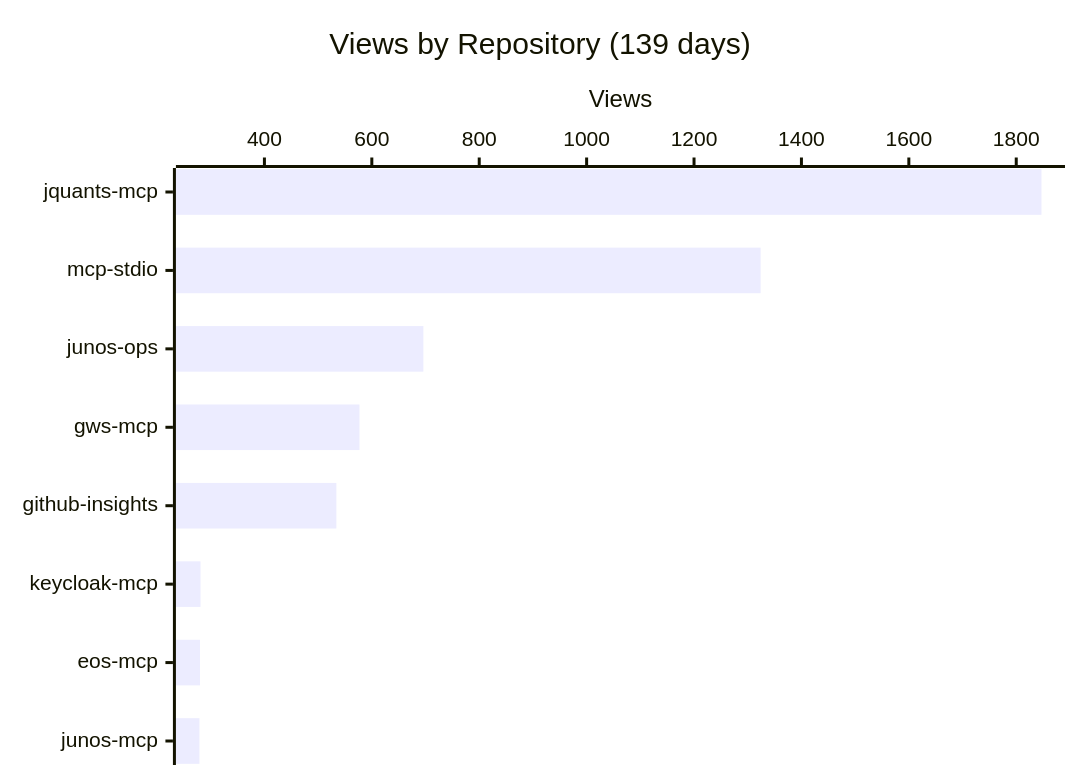
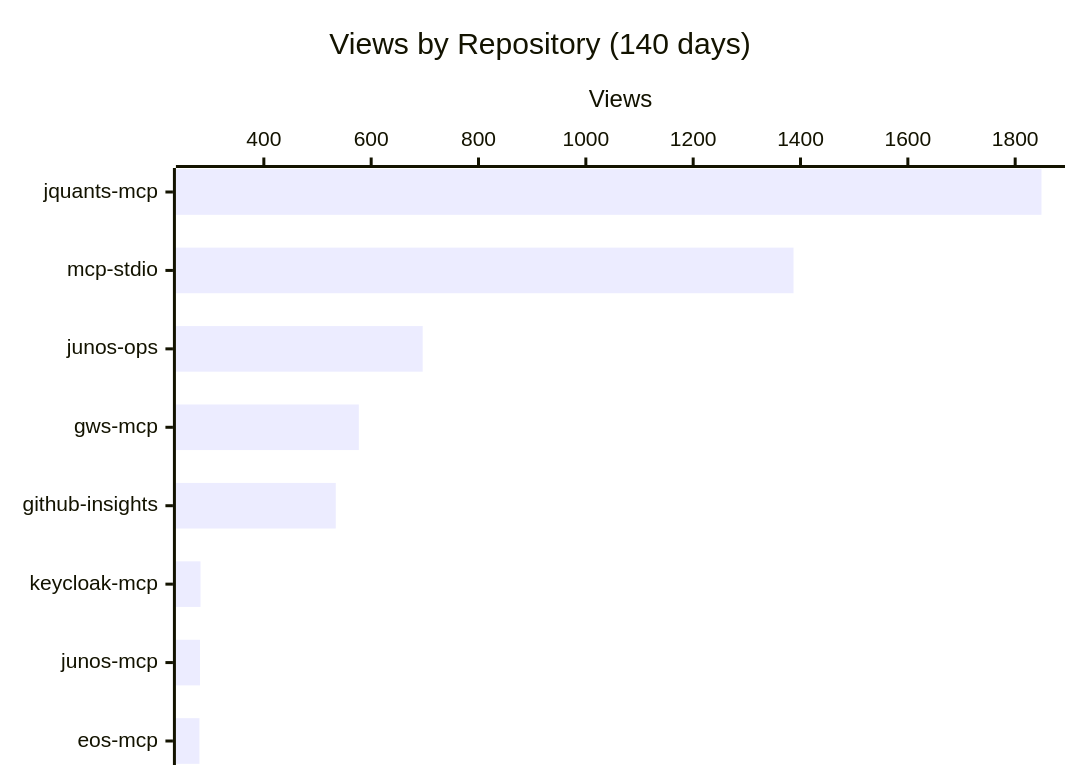
One commit to shigechika/github-insights changed the first of 4 diagrams in README.md. Above: the diagram before and after it, drawn with Mermaid. The commit also changed other lines of this file and 2 other files, not shown here.

````diff
--- a/README.md
+++ b/README.md
@@ -18,7 +18,7 @@
 ```mermaid
 xychart-beta horizontal
-    title "Views by Repository (139 days)"
-    x-axis ["jquants-mcp", "mcp-stdio", "junos-ops", "gws-mcp", "github-insights", "keycloak-mcp", "eos-mcp", "junos-mcp"]
+    title "Views by Repository (140 days)"
+    x-axis ["jquants-mcp", "mcp-stdio", "junos-ops", "gws-mcp", "github-insights", "keycloak-mcp", "junos-mcp", "eos-mcp"]
     y-axis "Views"
-    bar [1847, 1324, 696, 577, 534, 281, 280, 279]
+    bar [1849, 1387, 696, 577, 534, 282, 281, 280]
 ```
````
